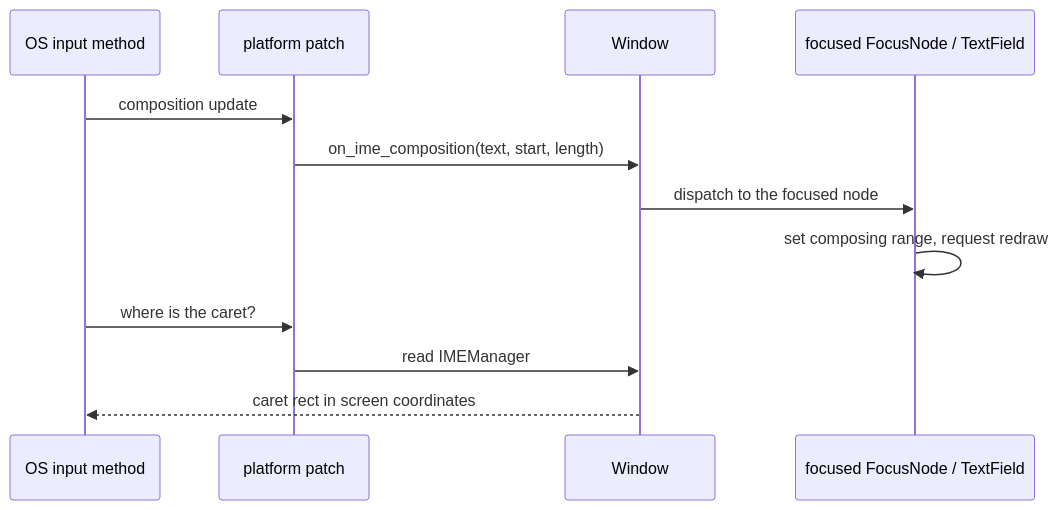
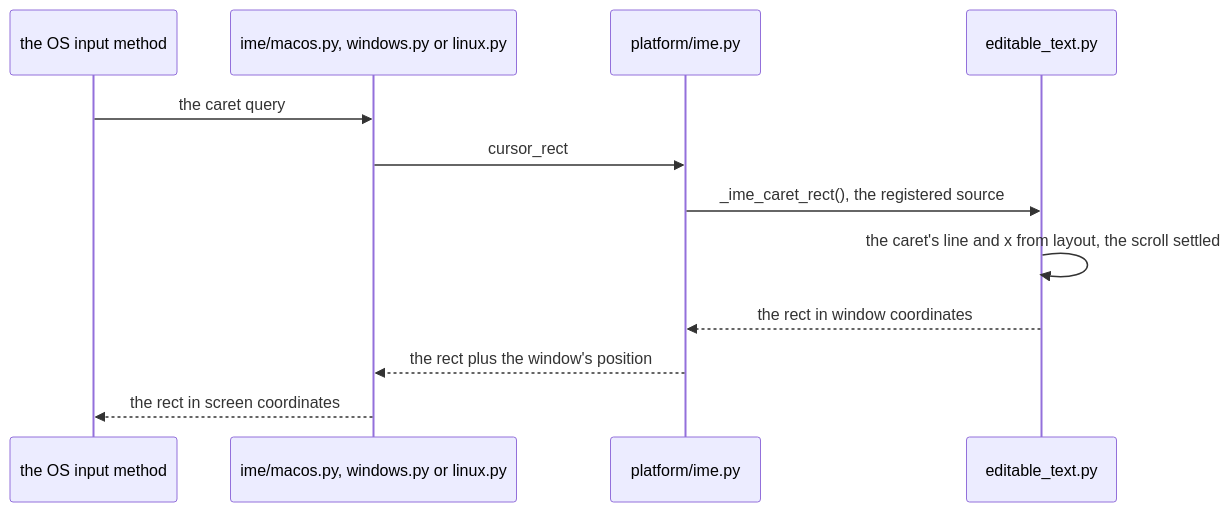
Before and after one commit to yuksblog/nuiitivet: the ninth of 9 diagrams in docs/design/TEXT_EDITING.md, drawn with Mermaid. The commit also changed other lines of this file and 35 other files, not shown here.

````diff
--- a/docs/design/TEXT_EDITING.md
+++ b/docs/design/TEXT_EDITING.md
@@ -137,14 +262,15 @@
 ```mermaid
 sequenceDiagram
-    participant OS as OS input method
-    participant P as platform patch
-    participant W as Window
-    participant F as focused FocusNode / TextField
-    OS->>P: composition update
-    P->>W: on_ime_composition(text, start, length)
-    W->>F: dispatch to the focused node
-    F->>F: set composing range, request redraw
-    OS->>P: where is the caret?
-    P->>W: read IMEManager
-    W-->>OS: caret rect in screen coordinates
+    participant OS as the OS input method
+    participant P as ime/macos.py, windows.py or linux.py
+    participant M as platform/ime.py
+    participant E as editable_text.py
+
+    OS->>P: the caret query
+    P->>M: cursor_rect
+    M->>E: _ime_caret_rect(), the registered source
+    E->>E: the caret's line and x from layout, the scroll settled
+    E-->>M: the rect in window coordinates
+    M-->>P: the rect plus the window's position
+    P-->>OS: the rect in screen coordinates
 ```
````
